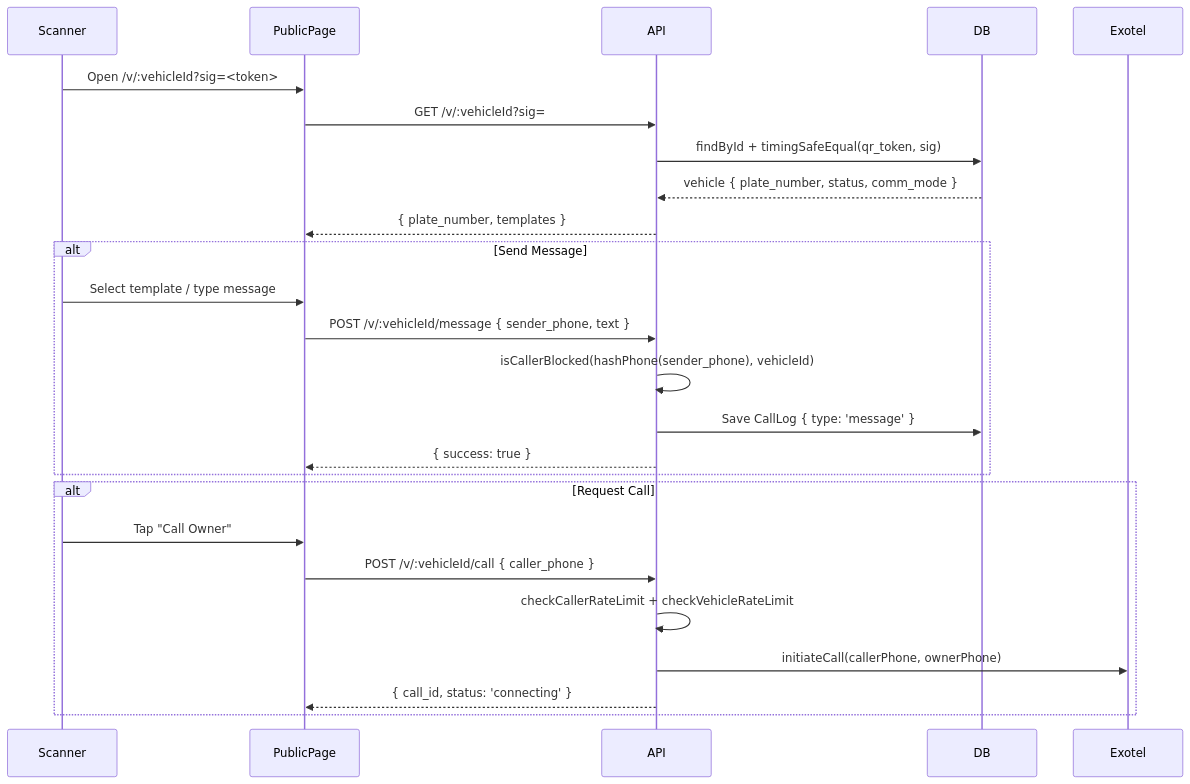
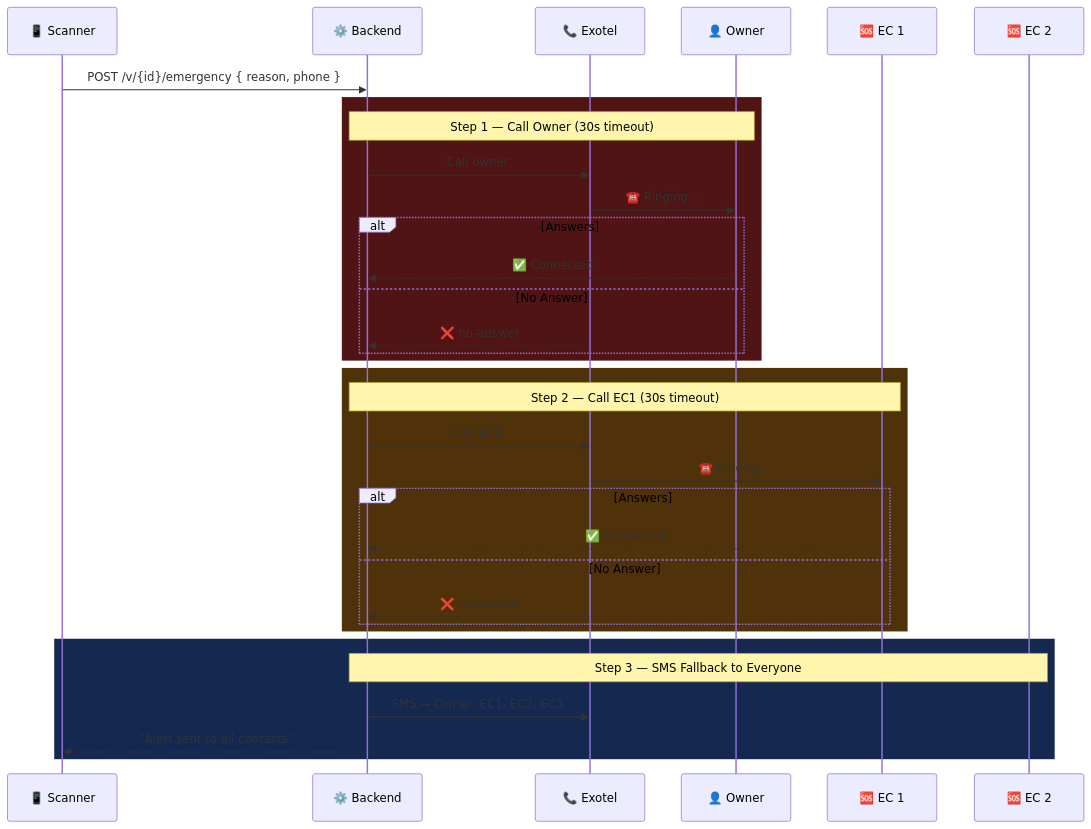
Before and after one commit to prabhleen003/Sampark: the third of 9 diagrams in README.md, drawn with Mermaid. The commit also changed other lines of this file, not shown here.

````diff
--- a/README.md
+++ b/README.md
@@ -143,30 +149,39 @@
 ```mermaid
 sequenceDiagram
-    participant Scanner
-    participant PublicPage
-    participant API
-    participant DB
-    participant Exotel
+    participant Scanner as 📱 Scanner
+    participant Backend as ⚙️ Backend
+    participant Exotel as 📞 Exotel
+    participant Owner as 👤 Owner
+    participant EC1 as 🆘 EC 1
+    participant EC2 as 🆘 EC 2
 
-    Scanner->>PublicPage: Open /v/:vehicleId?sig=<token>
-    PublicPage->>API: GET /v/:vehicleId?sig=
-    API->>DB: findById + timingSafeEqual(qr_token, sig)
-    DB-->>API: vehicle { plate_number, status, comm_mode }
-    API-->>PublicPage: { plate_number, templates }
+    Scanner->>Backend: POST /v/{id}/emergency { reason, phone }
 
-    alt Send Message
-        Scanner->>PublicPage: Select template / type message
-        PublicPage->>API: POST /v/:vehicleId/message { sender_phone, text }
-        API->>API: isCallerBlocked(hashPhone(sender_phone), vehicleId)
-        API->>DB: Save CallLog { type: 'message' }
-        API-->>PublicPage: { success: true }
+    rect rgb(80, 20, 20)
+        Note over Backend,Owner: Step 1 — Call Owner (30s timeout)
+        Backend->>Exotel: Call owner
+        Exotel->>Owner: ☎️ Ringing...
+        alt Answers
+            Owner-->>Backend: ✅ Connected
+        else No Answer
+            Exotel-->>Backend: ❌ no-answer
+        end
     end
 
-    alt Request Call
-        Scanner->>PublicPage: Tap "Call Owner"
-        PublicPage->>API: POST /v/:vehicleId/call { caller_phone }
-        API->>API: checkCallerRateLimit + checkVehicleRateLimit
-        API->>Exotel: initiateCall(callerPhone, ownerPhone)
-        API-->>PublicPage: { call_id, status: 'connecting' }
+    rect rgb(80, 50, 10)
+        Note over Backend,EC1: Step 2 — Call EC1 (30s timeout)
+        Backend->>Exotel: Call EC1
+        Exotel->>EC1: ☎️ Ringing...
+        alt Answers
+            EC1-->>Backend: ✅ Connected
+        else No Answer
+            Exotel-->>Backend: ❌ no-answer
+        end
+    end
+
+    rect rgb(20, 40, 80)
+        Note over Backend,EC2: Step 3 — SMS Fallback to Everyone
+        Backend->>Exotel: SMS → Owner, EC1, EC2, EC3
+        Backend-->>Scanner: "Alert sent to all contacts"
     end
 ```
````
